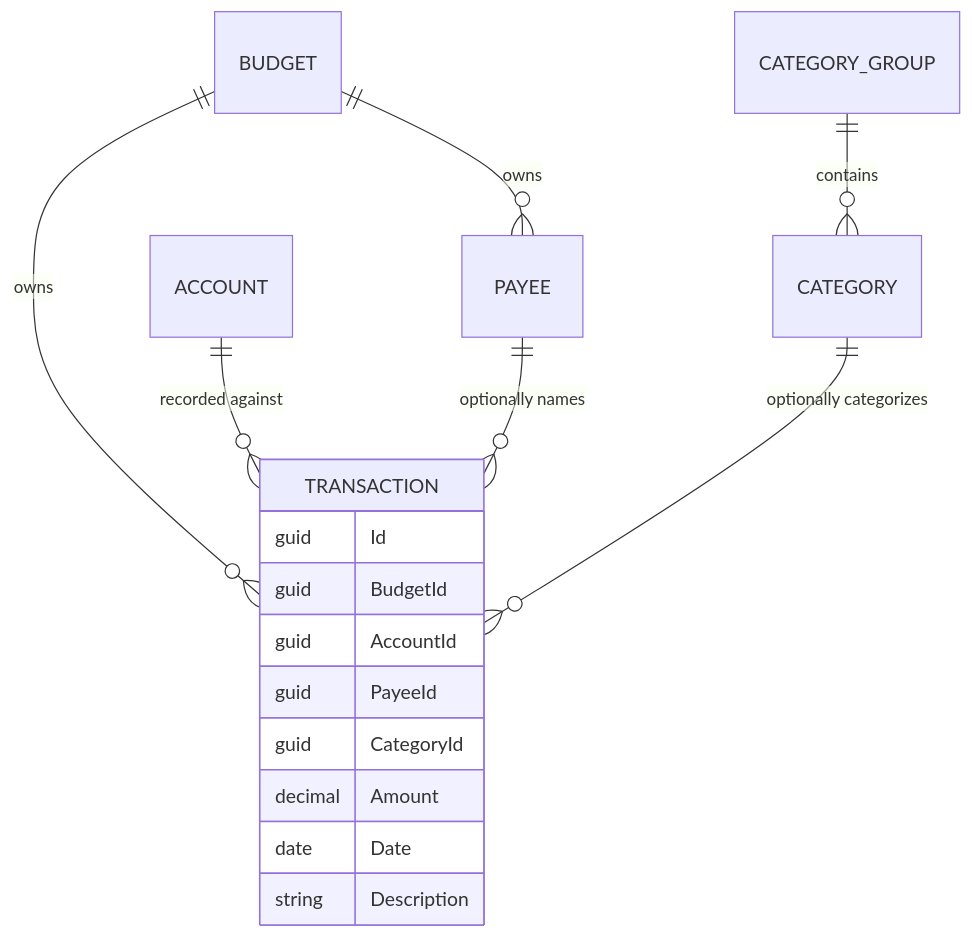
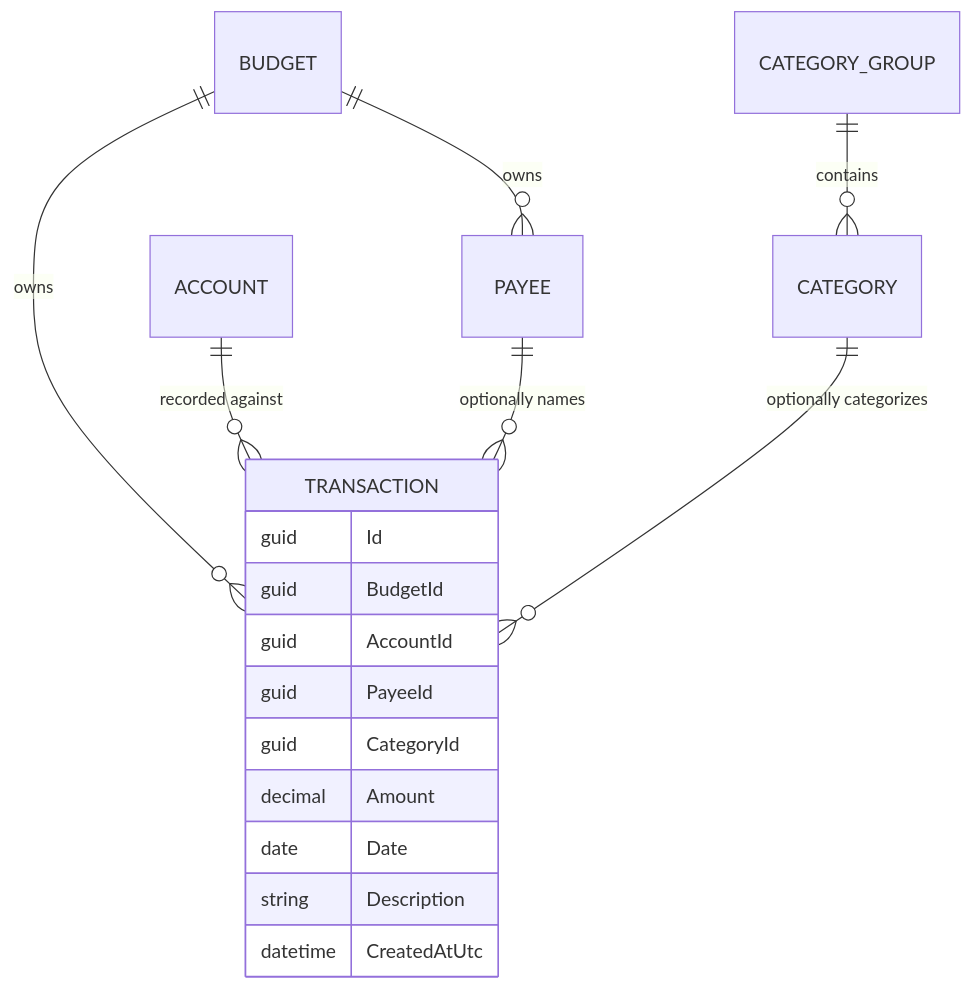
The diagram in docs/business-logic/transactions.md (anton-kochev/budgetoid), drawn with Mermaid before and after one commit. The commit also changed other lines of this file and 7 other files, not shown here.

````diff
--- a/docs/business-logic/transactions.md
+++ b/docs/business-logic/transactions.md
@@ -25,19 +27,20 @@
 ```mermaid
 erDiagram
     BUDGET ||--o{ TRANSACTION : owns
     BUDGET ||--o{ PAYEE : owns
     ACCOUNT ||--o{ TRANSACTION : "recorded against"
     PAYEE ||--o{ TRANSACTION : "optionally names"
     CATEGORY ||--o{ TRANSACTION : "optionally categorizes"
     CATEGORY_GROUP ||--o{ CATEGORY : contains
     TRANSACTION {
         guid Id
         guid BudgetId
         guid AccountId
         guid PayeeId
         guid CategoryId
         decimal Amount
         date Date
         string Description
+        datetime CreatedAtUtc
     }
 ```
````
